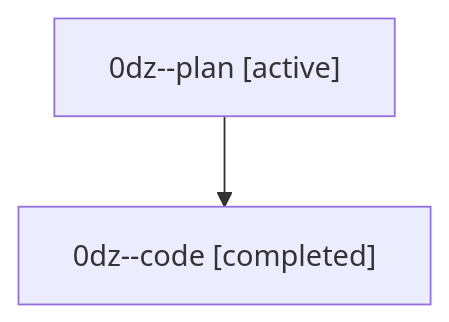
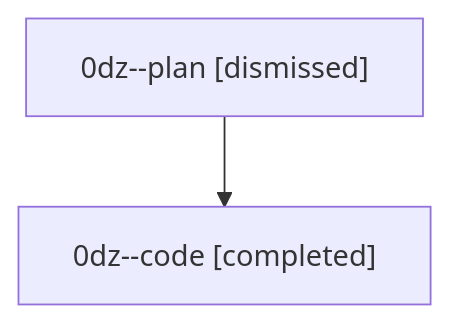
Before and after one commit to sase-org/sase--agents: the diagram in sessions/bbugyi200.athena.0dz.md, drawn with Mermaid. The commit also changed other lines of this file and 49 other files, not shown here.

````diff
--- a/sessions/bbugyi200.athena.0dz.md
+++ b/sessions/bbugyi200.athena.0dz.md
@@ -9,6 +9,6 @@
 ```mermaid
 flowchart TD
-  n0["0dz--plan [active]"]
+  n0["0dz--plan [dismissed]"]
   n1["0dz--code [completed]"]
   n0 --> n1
 ```
````
